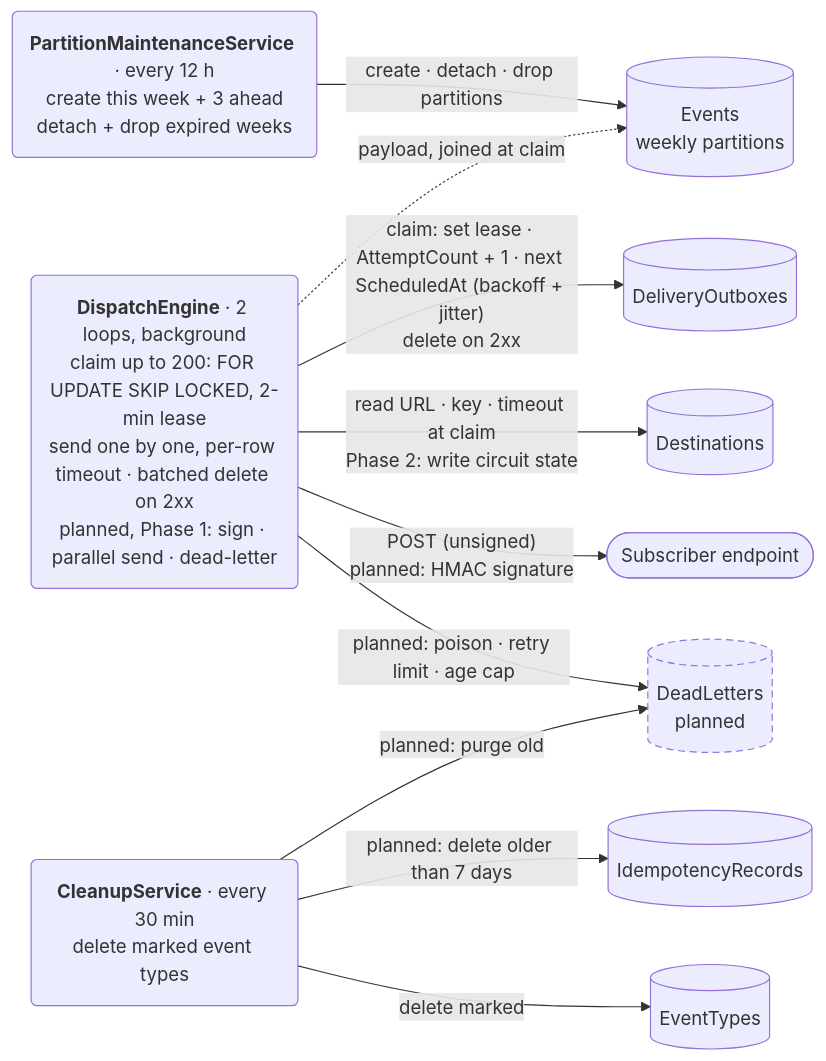
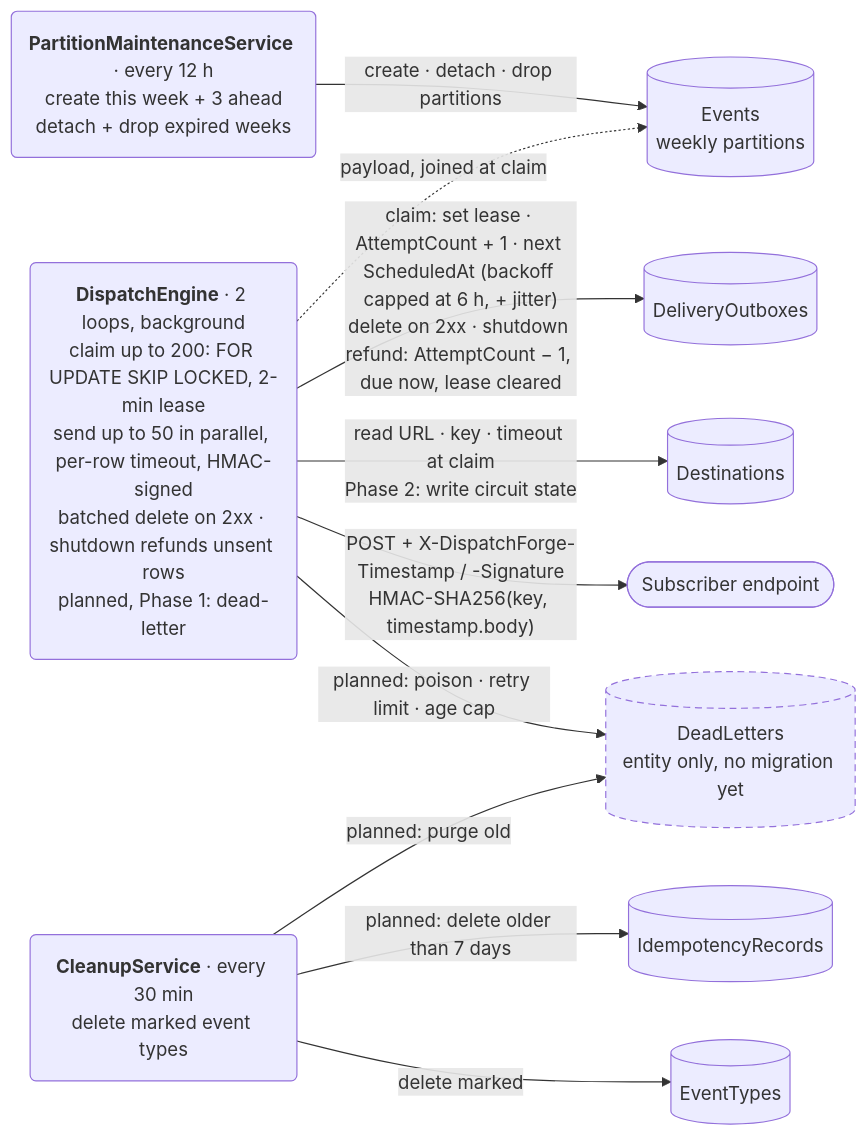
The third of 3 diagrams in docs/architecture.md (Talha-Ridwan/DispatchForge), drawn with Mermaid before and after one commit. The commit also changed 6 other files, not shown here.

Commit message:
Lots of work, introduced parallelism and HMAC key signing today

````diff
--- a/docs/architecture.md
+++ b/docs/architecture.md
@@ -72,27 +72,27 @@
 ```mermaid
 flowchart LR
     PM("<b>PartitionMaintenanceService</b> · every 12 h<br/>create this week + 3 ahead<br/>detach + drop expired weeks")
-    DW("<b>DispatchEngine</b> · 2 loops, background<br/>claim up to 200: FOR UPDATE SKIP LOCKED, 2-min lease<br/>send one by one, per-row timeout · batched delete on 2xx<br/>planned, Phase 1: sign · parallel send · dead-letter")
+    DW("<b>DispatchEngine</b> · 2 loops, background<br/>claim up to 200: FOR UPDATE SKIP LOCKED, 2-min lease<br/>send up to 50 in parallel, per-row timeout, HMAC-signed<br/>batched delete on 2xx · shutdown refunds unsent rows<br/>planned, Phase 1: dead-letter")
     CL("<b>CleanupService</b> · every 30 min<br/>delete marked event types")
 
     Events[("Events<br/>weekly partitions")]
     Outbox[("DeliveryOutboxes")]
     Destinations[("Destinations")]
     Sub(["Subscriber endpoint"])
-    DL[("DeadLetters<br/>planned")]
+    DL[("DeadLetters<br/>entity only, no migration yet")]
     Idem[("IdempotencyRecords")]
     EventTypes[("EventTypes")]
 
     PM -->|"create · detach · drop partitions"| Events
     DW -.->|"payload, joined at claim"| Events
-    DW -->|"claim: set lease · AttemptCount + 1 · next ScheduledAt (backoff + jitter)<br/>delete on 2xx"| Outbox
+    DW -->|"claim: set lease · AttemptCount + 1 · next ScheduledAt (backoff capped at 6 h, + jitter)<br/>delete on 2xx · shutdown refund: AttemptCount − 1, due now, lease cleared"| Outbox
     DW -->|"read URL · key · timeout at claim<br/>Phase 2: write circuit state"| Destinations
-    DW -->|"POST (unsigned)<br/>planned: HMAC signature"| Sub
+    DW -->|"POST + X-DispatchForge-Timestamp / -Signature<br/>HMAC-SHA256(key, timestamp.body)"| Sub
     DW -->|"planned: poison · retry limit · age cap"| DL
     CL -->|"planned: purge old"| DL
     CL -->|"planned: delete older than 7 days"| Idem
     CL -->|"delete marked"| EventTypes
 
     classDef planned stroke-dasharray: 6 4
     class DL planned
 ```
````
